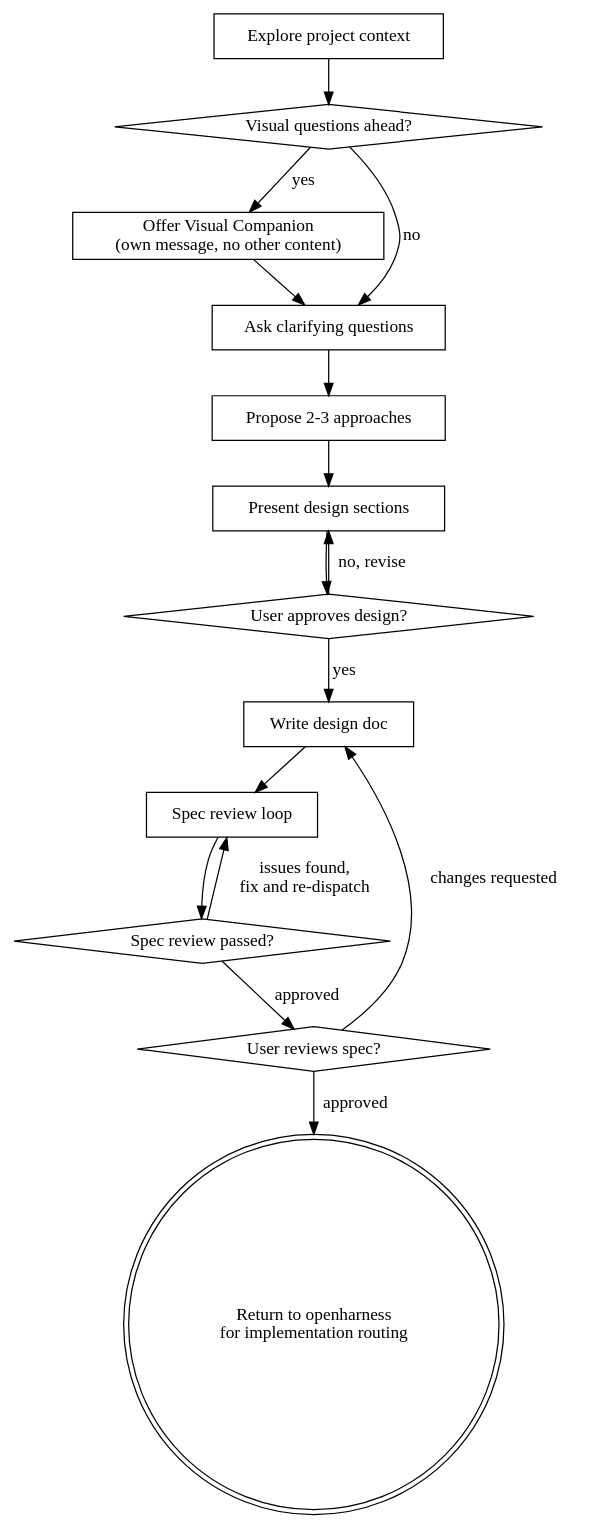
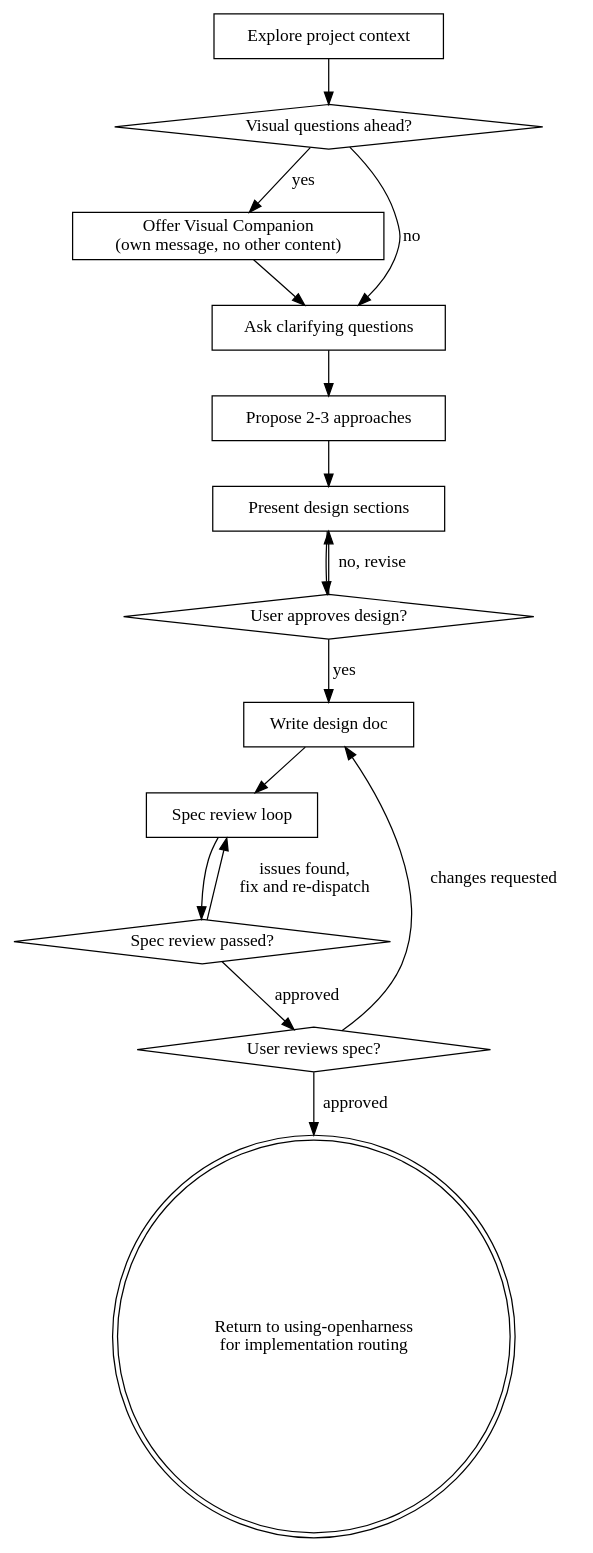
One commit to Krual-T/OpenHarness changed the diagram in skills/brainstorming/SKILL.md. Above: the diagram before and after it, drawn with Graphviz. The commit also changed other lines of this file and 6 other files, not shown here.

````diff
--- a/skills/brainstorming/SKILL.md
+++ b/skills/brainstorming/SKILL.md
@@ -39,32 +39,32 @@
 ```dot
 digraph brainstorming {
     "Explore project context" [shape=box];
     "Visual questions ahead?" [shape=diamond];
     "Offer Visual Companion\n(own message, no other content)" [shape=box];
     "Ask clarifying questions" [shape=box];
     "Propose 2-3 approaches" [shape=box];
     "Present design sections" [shape=box];
     "User approves design?" [shape=diamond];
     "Write design doc" [shape=box];
     "Spec review loop" [shape=box];
     "Spec review passed?" [shape=diamond];
     "User reviews spec?" [shape=diamond];
-    "Return to openharness\nfor implementation routing" [shape=doublecircle];
+    "Return to using-openharness\nfor implementation routing" [shape=doublecircle];
 
     "Explore project context" -> "Visual questions ahead?";
     "Visual questions ahead?" -> "Offer Visual Companion\n(own message, no other content)" [label="yes"];
     "Visual questions ahead?" -> "Ask clarifying questions" [label="no"];
     "Offer Visual Companion\n(own message, no other content)" -> "Ask clarifying questions";
     "Ask clarifying questions" -> "Propose 2-3 approaches";
     "Propose 2-3 approaches" -> "Present design sections";
     "Present design sections" -> "User approves design?";
     "User approves design?" -> "Present design sections" [label="no, revise"];
     "User approves design?" -> "Write design doc" [label="yes"];
     "Write design doc" -> "Spec review loop";
     "Spec review loop" -> "Spec review passed?";
     "Spec review passed?" -> "Spec review loop" [label="issues found,\nfix and re-dispatch"];
     "Spec review passed?" -> "User reviews spec?" [label="approved"];
     "User reviews spec?" -> "Write design doc" [label="changes requested"];
-    "User reviews spec?" -> "Return to openharness\nfor implementation routing" [label="approved"];
+    "User reviews spec?" -> "Return to using-openharness\nfor implementation routing" [label="approved"];
 }
 ```
````
